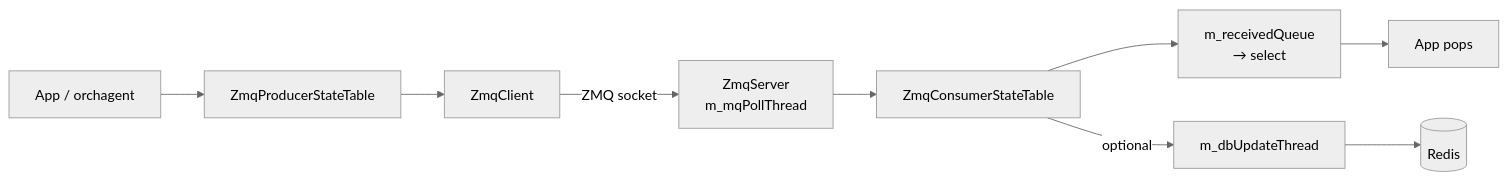
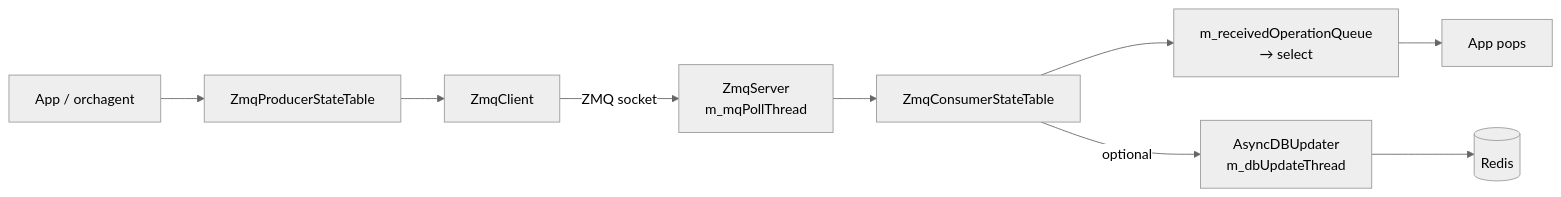
The diagram in docs/internals/zmq-producer-consumer-state-table-design.md (aoki-taquan/sonic-unofficial-docs), drawn with Mermaid (neutral theme) before and after one commit. The commit also changed other lines of this file and 20 other files, not shown here.

````diff
--- a/docs/internals/zmq-producer-consumer-state-table-design.md
+++ b/docs/internals/zmq-producer-consumer-state-table-design.md
@@ -47,11 +55,11 @@
 ```mermaid
 flowchart LR
     APP1[App / orchagent] --> ZPST[ZmqProducerStateTable]
     ZPST --> ZC[ZmqClient]
     ZC -->|ZMQ socket| ZS[ZmqServer<br/>m_mqPollThread]
     ZS --> ZCST[ZmqConsumerStateTable]
-    ZCST --> SEL[m_receivedQueue<br/>→ select]
-    ZCST -->|optional| DBT[m_dbUpdateThread]
+    ZCST --> SEL[m_receivedOperationQueue<br/>→ select]
+    ZCST -->|optional| DBT[AsyncDBUpdater<br/>m_dbUpdateThread]
     DBT --> REDIS[(Redis)]
     SEL --> APP2[App pops]
 ```
````
